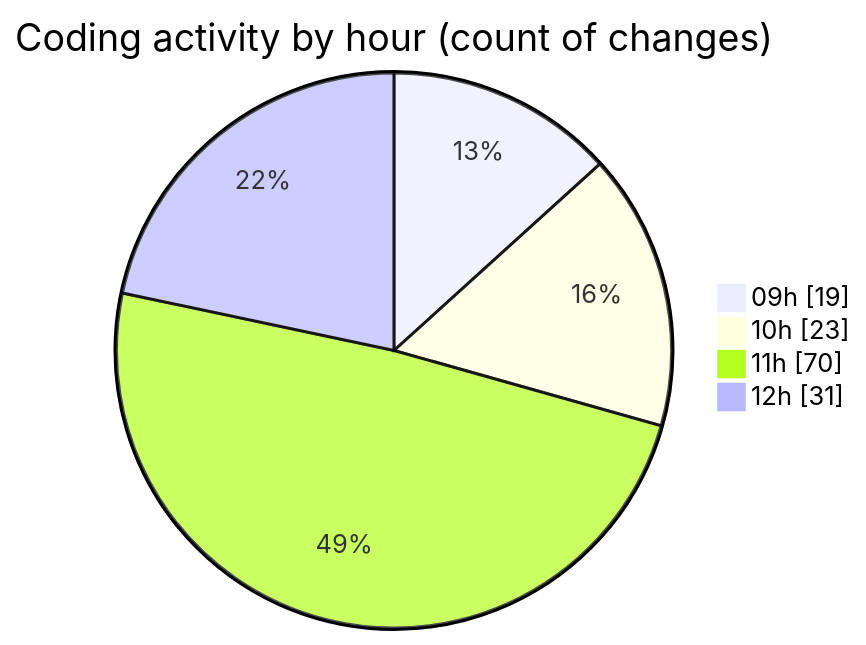
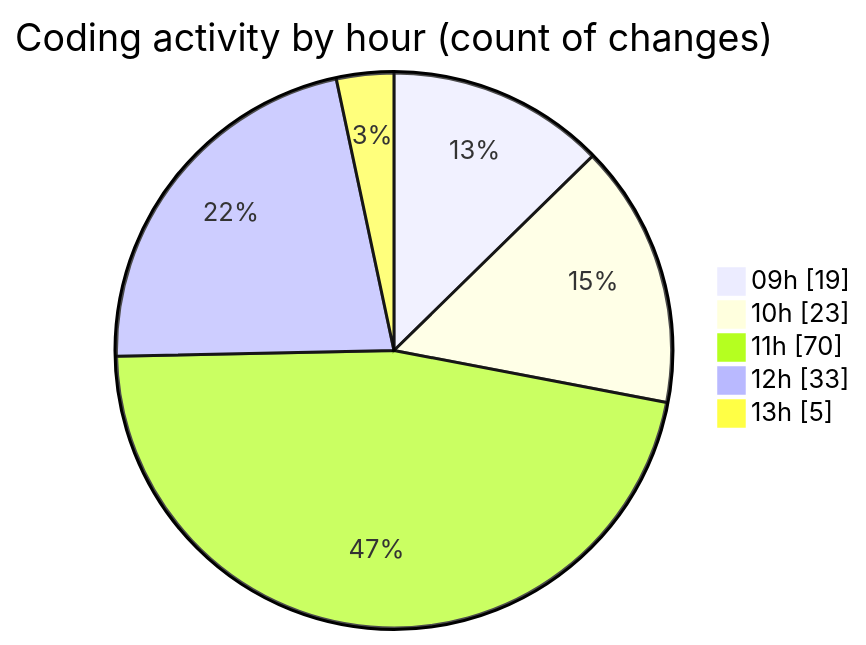
One commit to momahboobian/code-tracking changed the second of 2 diagrams in 2026-02-12/cda/README.md. Above: the diagram before and after it, drawn with Mermaid. The commit also changed other lines of this file and 1 other file, not shown here.

````diff
--- a/2026-02-12/cda/README.md
+++ b/2026-02-12/cda/README.md
@@ -41,8 +42,9 @@
 ```mermaid
 pie showData
 title Coding activity by hour (count of changes)
 "09h" : 19
 "10h" : 23
 "11h" : 70
-"12h" : 31
+"12h" : 33
+"13h" : 5
 ```
````
